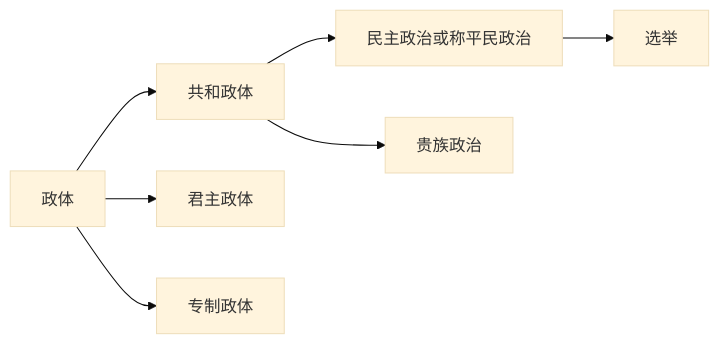
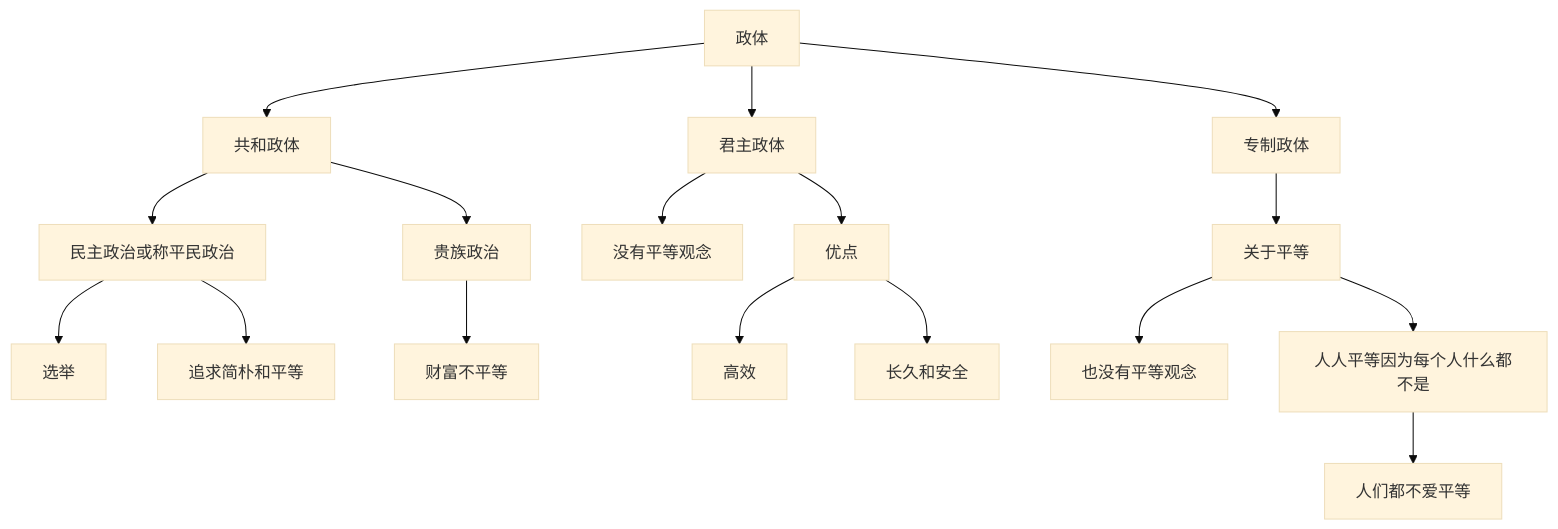
The second of 2 diagrams in 书摘/政治学/论法的精神.md (lizhenbang56/Papers), drawn with Mermaid (base theme) before and after one commit. The commit also changed other lines of this file and 2 other files, not shown here.

````diff
--- a/书摘/政治学/论法的精神.md
+++ b/书摘/政治学/论法的精神.md
@@ -53,7 +53,14 @@
 ```mermaid
-graph LR;
+graph TD;
 政体 --> 共和政体 --> 民主政治或称平民政治 --> 选举;
+民主政治或称平民政治 --> 追求简朴和平等;
 共和政体 --> 贵族政治;
+贵族政治 --> 财富不平等;
 政体 --> 君主政体;
+君主政体 --> 没有平等观念;
+君主政体 --> 优点 --> 高效;
+优点 --> 长久和安全;
 政体 --> 专制政体;
+专制政体 --> 关于平等 --> 也没有平等观念;
+关于平等 --> 人人平等因为每个人什么都不是 --> 人们都不爱平等;
 ```
````
